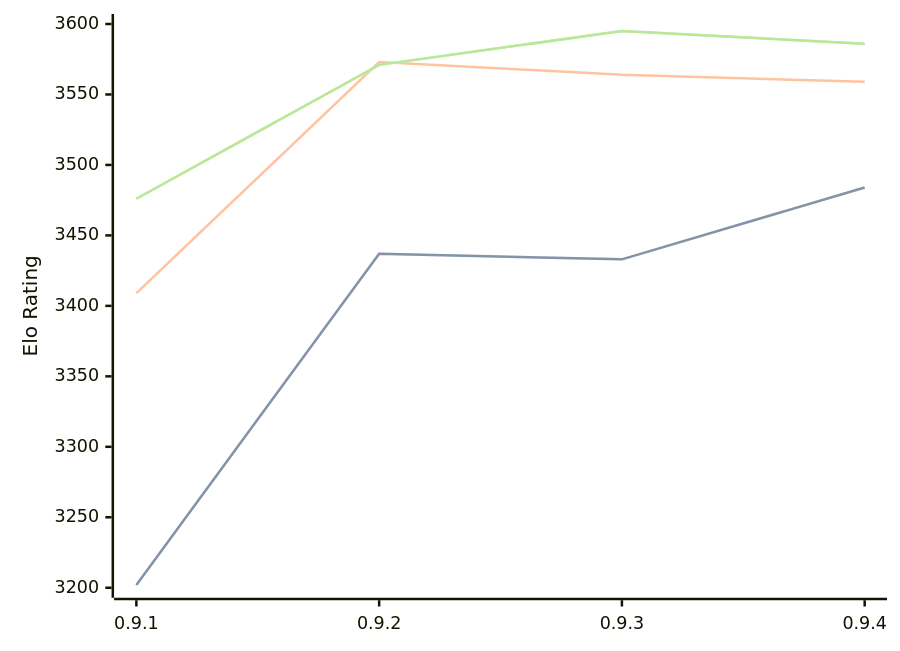
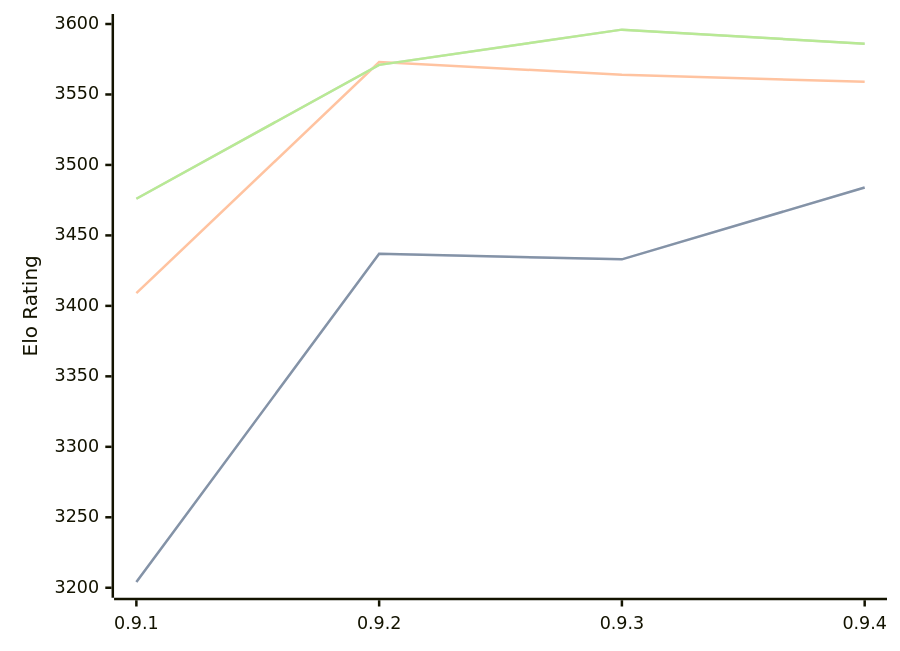
Before and after one commit to computer-chess-index/cci: the diagram in engines/Coda.md, drawn with Mermaid. The commit also changed other lines of this file, not shown here.

Commit message:
Update CCI Ratings (ELO VLTC) - 2026-09-10

````diff
--- a/engines/Coda.md
+++ b/engines/Coda.md
@@ -34,11 +34,11 @@
 ```mermaid
 %%{init: {"theme":"base","themeVariables":{"seriesColors:['#a3a3a3','#222221','#faa371']}}}%%
 xychart-beta
   x-axis ["0.9.1", "0.9.2", "0.9.3", "0.9.4"]
   y-axis "Elo Rating" 3200 --> 3600
-  line "" [3202, 3437, 3433, 3484]
-  line "STC (8.0+0.08s)" [3202, 3437, 3433, 3484]
+  line "" [3204, 3437, 3433, 3484]
+  line "STC (8.0+0.08s)" [3204, 3437, 3433, 3484]
   line "LTC (60.0+0.60s)" [3409, 3573, 3564, 3559]
-  line "" [3476, 3571, 3595, 3586]
-  line "VLTC (2m24s+1.12s)" [3476, 3571, 3595, 3586]
+  line "" [3476, 3571, 3596, 3586]
+  line "VLTC (2m24s+1.12s)" [3476, 3571, 3596, 3586]
 ```
````
